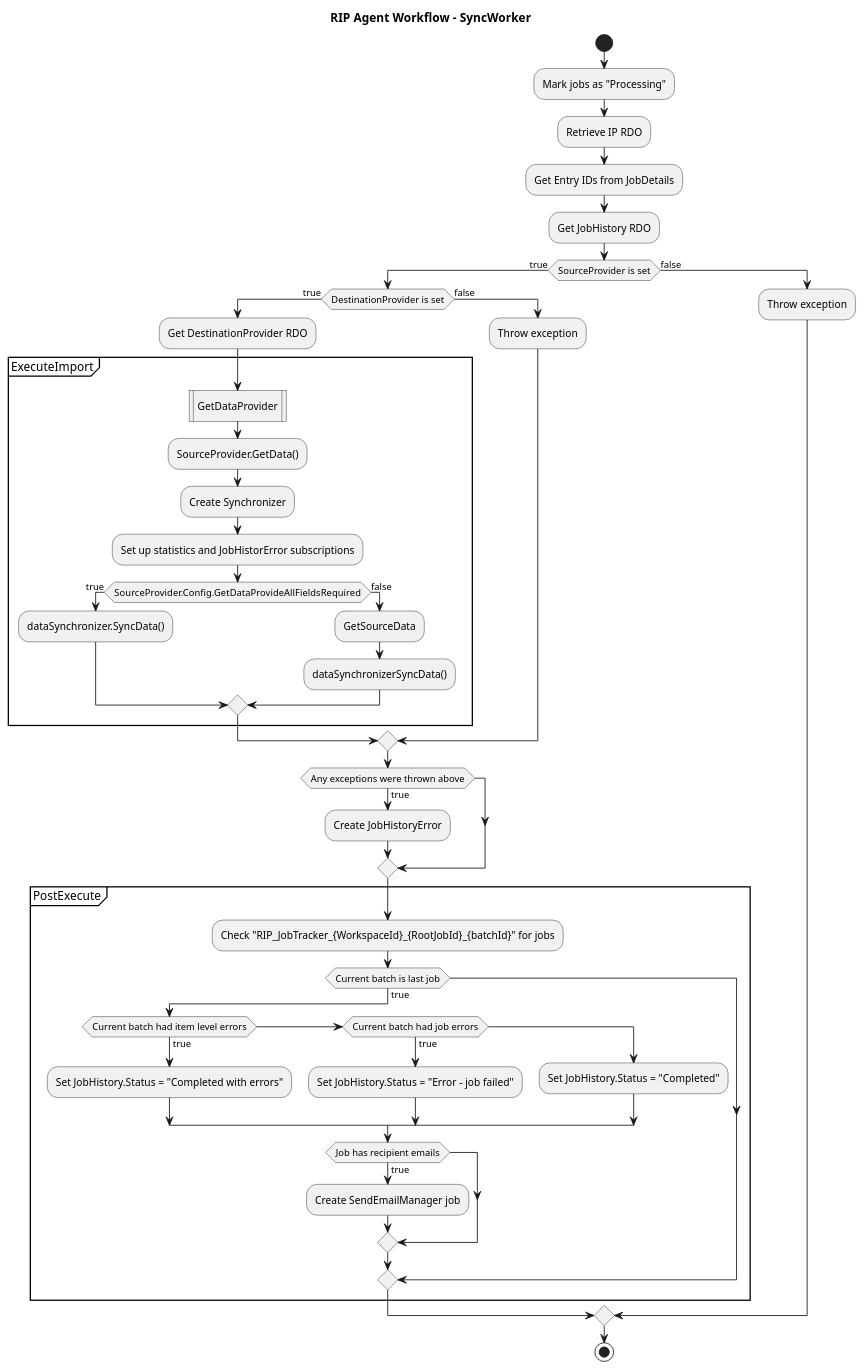
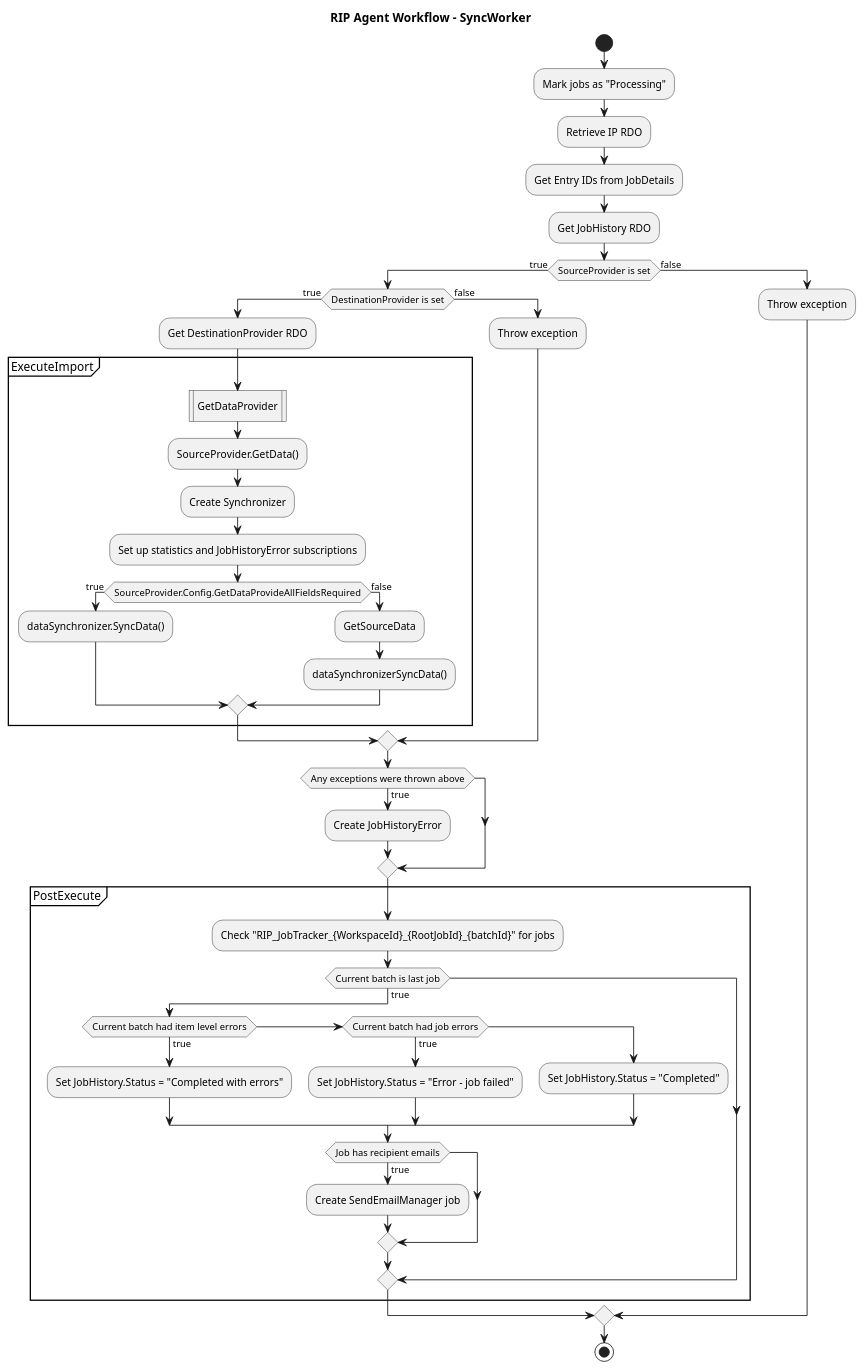
The diagram in documentation/SyncWorker.pu (relativityone/server-integrationpoints-integrationpoints), drawn with PlantUML before and after one commit. The commit also changed 2 other files, not shown here.

Commit message:
Small updates to GetDataProvider, SyncManager, and SyncWorker diagrams as per code reviews
--HG--
branch : feature-UrsaMinor

```diff
--- a/documentation/SyncWorker.pu
+++ b/documentation/SyncWorker.pu
@@ -1,58 +1,58 @@
 @startuml
 
 title RIP Agent Workflow - SyncWorker
 
 start
 
 :Mark jobs as "Processing";
 :Retrieve IP RDO;
 :Get Entry IDs from JobDetails;
 :Get JobHistory RDO;
 
 if (SourceProvider is set) then (true)
     if (DestinationProvider is set) then (true)
         :Get DestinationProvider RDO;
         partition ExecuteImport {
 			:GetDataProvider|
             :SourceProvider.GetData();
             :Create Synchronizer;
-            :Set up statistics and JobHistorError subscriptions;
+            :Set up statistics and JobHistoryError subscriptions;
             
             if (SourceProvider.Config.GetDataProvideAllFieldsRequired) then (true)
                 :dataSynchronizer.SyncData();
             else (false)
                 :GetSourceData;
                 :dataSynchronizerSyncData();
             endif
         }
     else (false)
         :Throw exception;
     endif
     
     if (Any exceptions were thrown above) then (true)
         :Create JobHistoryError;
     endif
     
     partition PostExecute {
         :Check "RIP_JobTracker_{WorkspaceId}_{RootJobId}_{batchId}" for jobs;
         if (Current batch is last job) then (true)
             if (Current batch had item level errors) then (true)
                 :Set JobHistory.Status = "Completed with errors";
             elseif (Current batch had job errors) then (true)
                 :Set JobHistory.Status = "Error - job failed";
             else
                 :Set JobHistory.Status = "Completed";
             endif
 			
 			if (Job has recipient emails) then (true)
 				:Create SendEmailManager job;
 			endif
         endif
     }
 else (false)
     :Throw exception;
 endif
 
 stop
 
 @enduml
```
